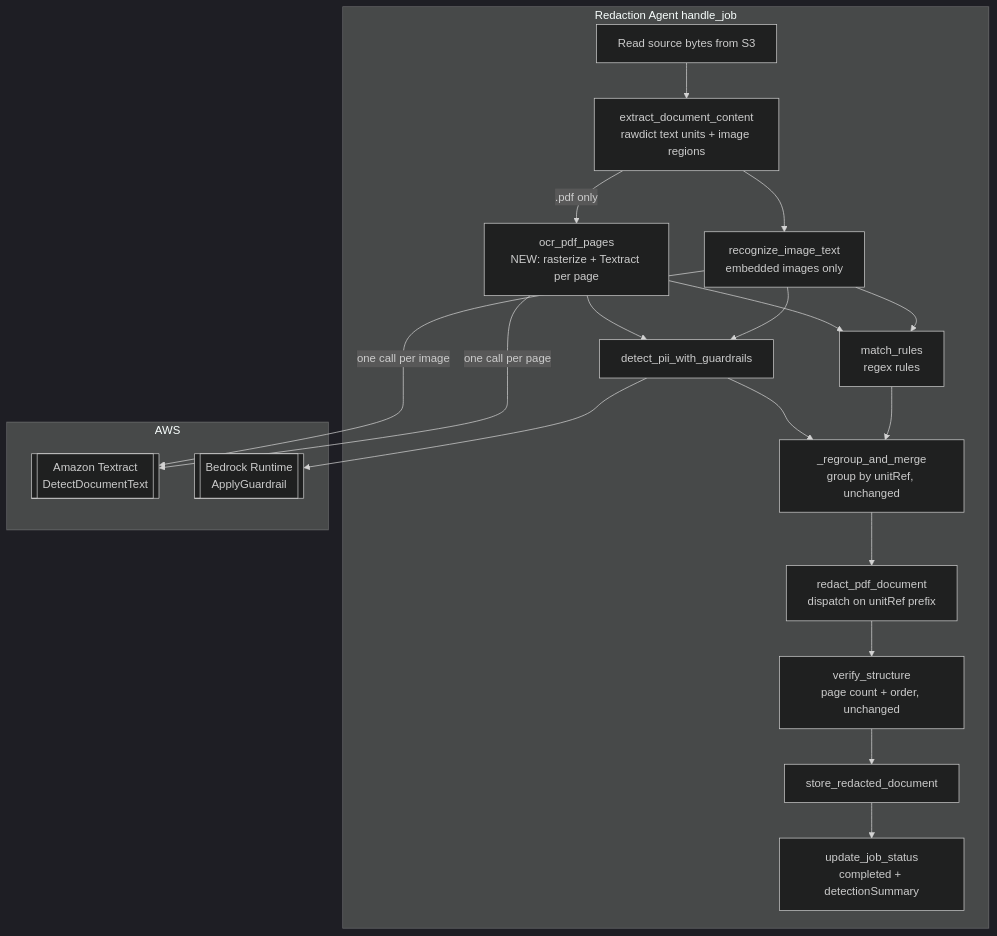
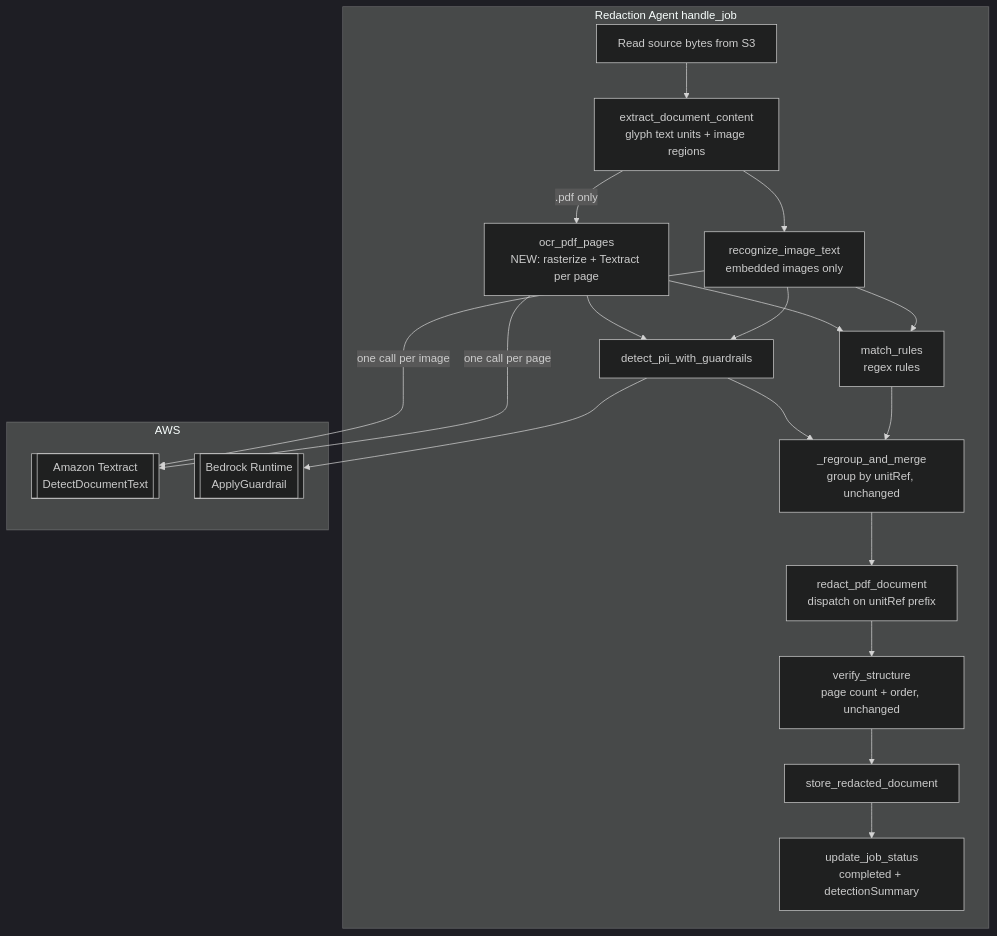
Before and after one commit to szipan/sample-sensitive-data-redaction: the first of 2 diagrams in .kiro/specs/pdf-dual-path-pii-detection/design.md, drawn with Mermaid (dark theme). The commit also changed other lines of this file and 69 other files, not shown here.

````diff
--- a/.kiro/specs/pdf-dual-path-pii-detection/design.md
+++ b/.kiro/specs/pdf-dual-path-pii-detection/design.md
@@ -58,29 +58,29 @@
 ```mermaid
 graph TD
     subgraph Redaction Agent handle_job
-        READ[Read source bytes from S3] --> EXT[extract_document_content<br/>rawdict text units + image regions]
+        READ[Read source bytes from S3] --> EXT[extract_document_content<br/>glyph text units + image regions]
         EXT --> IMGOCR[recognize_image_text<br/>embedded images only]
         EXT -->|.pdf only| PDFOCR[ocr_pdf_pages<br/>NEW: rasterize + Textract per page]
 
         IMGOCR --> RM[match_rules<br/>regex rules]
         PDFOCR --> RM
         IMGOCR --> GD[detect_pii_with_guardrails]
         PDFOCR --> GD
 
         RM --> MERGE[_regroup_and_merge<br/>group by unitRef, unchanged]
         GD --> MERGE
         MERGE --> RED[redact_pdf_document<br/>dispatch on unitRef prefix]
         RED --> VER[verify_structure<br/>page count + order, unchanged]
         VER --> STORE[store_redacted_document]
         STORE --> UPD[update_job_status<br/>completed + detectionSummary]
     end
 
     subgraph AWS
         TX[["Amazon Textract<br/>DetectDocumentText"]]
         BR[["Bedrock Runtime<br/>ApplyGuardrail"]]
     end
 
     PDFOCR -->|one call per page| TX
     IMGOCR -->|one call per image| TX
     GD --> BR
 ```
````
